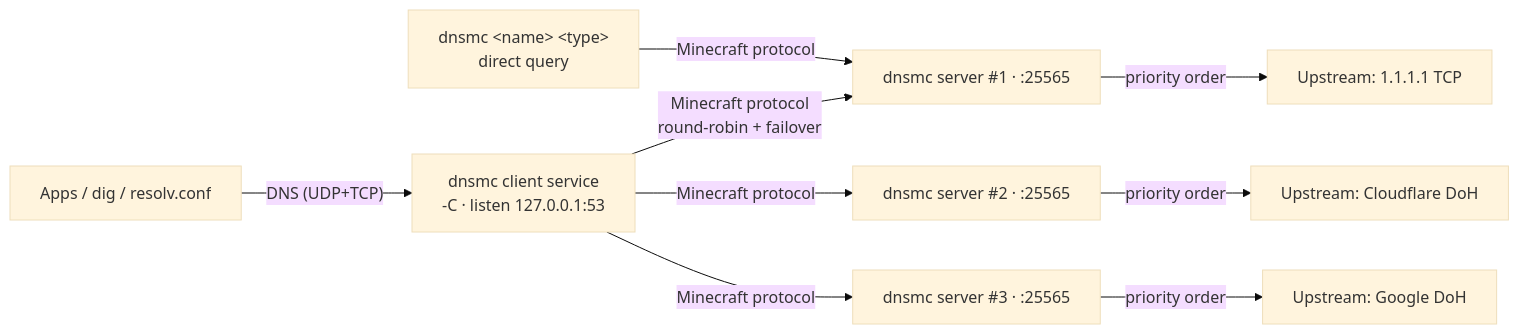
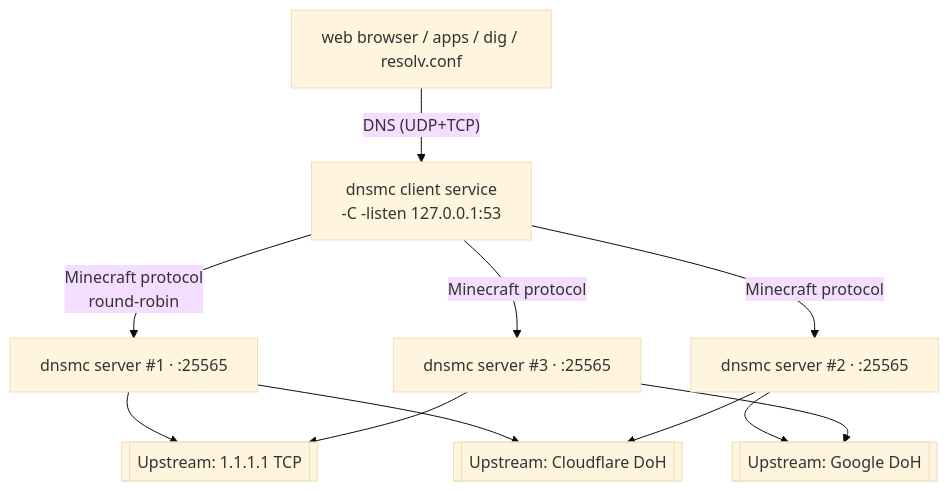
One commit to kuleshov-aleksei/dns-over-minecraft changed the diagram in README.md. Above: the diagram before and after it, drawn with Mermaid (base theme).

Commit message:
Improve flowchart

````diff
--- a/README.md
+++ b/README.md
@@ -18,11 +18,16 @@
 ```mermaid
-flowchart LR
-    A["Apps / dig / resolv.conf"] -->|"DNS (UDP+TCP)"| CS["dnsmc client service<br/>-C · listen 127.0.0.1:53"]
-    D["dnsmc &lt;name&gt; &lt;type&gt;<br/>direct query"] -->|"Minecraft protocol"| S1
-    CS -->|"Minecraft protocol<br/>round-robin + failover"| S1["dnsmc server #1 · :25565"]
+flowchart TB
+    A["web browser / apps / dig / resolv.conf"] -->|"DNS (UDP+TCP)"| CS["dnsmc client service<br/>-C -listen 127.0.0.1:53"]
+    CS -->|"Minecraft protocol<br/>round-robin"| S1["dnsmc server #1 · :25565"]
     CS -->|"Minecraft protocol"| S2["dnsmc server #2 · :25565"]
     CS -->|"Minecraft protocol"| S3["dnsmc server #3 · :25565"]
-    S1 -->|"priority order"| U1["Upstream: 1.1.1.1 TCP"]
-    S2 -->|"priority order"| U2["Upstream: Cloudflare DoH"]
-    S3 -->|"priority order"| U3["Upstream: Google DoH"]
+    
+    S1 --> U1[["Upstream: 1.1.1.1 TCP"]]
+    S1 --> U2[["Upstream: Cloudflare DoH"]]
+
+    S2 --> U2[["Upstream: Cloudflare DoH"]]
+    S2 --> U3[["Upstream: Google DoH"]]
+
+    S3 --> U1[["Upstream: 1.1.1.1 TCP"]]
+    S3 --> U3[["Upstream: Google DoH"]]
 ```
````
